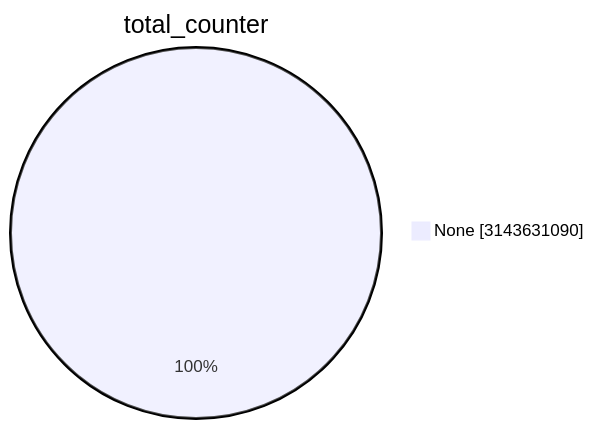
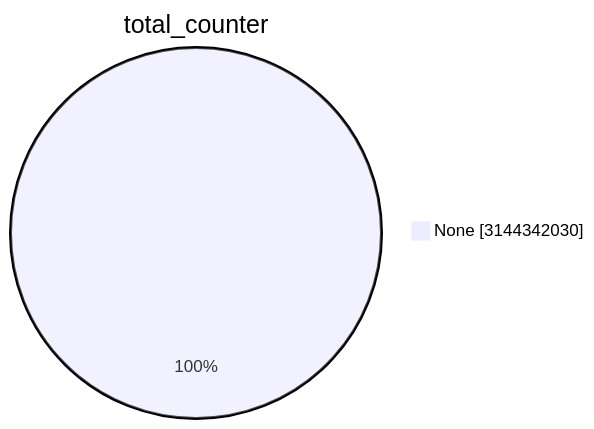
Before and after one commit to christiankrug/ctmonitor_visualization: the first of 15 diagrams in TOTAL/README.md, drawn with Mermaid. The commit also changed other lines of this file, not shown here.

````diff
--- a/TOTAL/README.md
+++ b/TOTAL/README.md
@@ -1,5 +1,5 @@
 ```mermaid
 pie showData
 title total_counter
-"None" :3143631090
+"None" :3144342030
 ```
````
